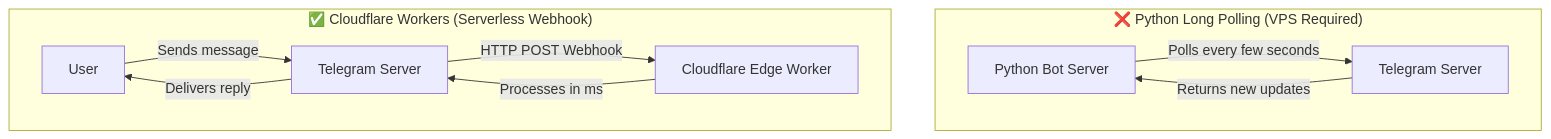
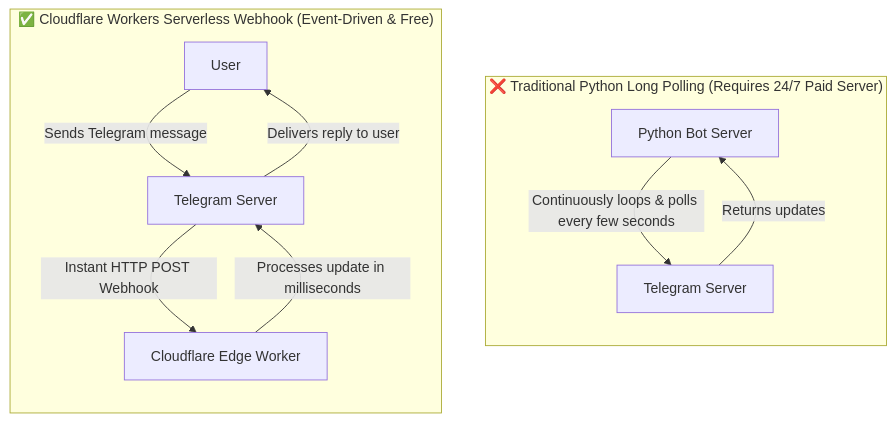
The diagram in README.md (SahasGamageX/telegram-bot-cloudflare-worker), drawn with Mermaid before and after one commit. The commit also changed other lines of this file and 4 other files, not shown here.

````diff
--- a/README.md
+++ b/README.md
@@ -30,14 +59,16 @@
 ```mermaid
 flowchart TD
-    subgraph Polling ["❌ Python Long Polling (VPS Required)"]
-        A1[Python Bot Server] -->|Polls every few seconds| B1[Telegram Server]
-        B1 -->|Returns new updates| A1
+    subgraph Polling ["❌ Traditional Python Long Polling (Requires 24/7 Paid Server)"]
+        direction TB
+        A1[Python Bot Server] -->|Continuously loops & polls every few seconds| B1[Telegram Server]
+        B1 -->|Returns updates| A1
     end
 
-    subgraph Webhook ["✅ Cloudflare Workers (Serverless Webhook)"]
-        U[User] -->|Sends message| TG[Telegram Server]
-        TG -->|HTTP POST Webhook| CW[Cloudflare Edge Worker]
-        CW -->|Processes in ms| TG
-        TG -->|Delivers reply| U
+    subgraph Webhook ["✅ Cloudflare Workers Serverless Webhook (Event-Driven & Free)"]
+        direction TB
+        U[User] -->|Sends Telegram message| TG[Telegram Server]
+        TG -->|Instant HTTP POST Webhook| CW[Cloudflare Edge Worker]
+        CW -->|Processes update in milliseconds| TG
+        TG -->|Delivers reply to user| U
     end
 ```
````
